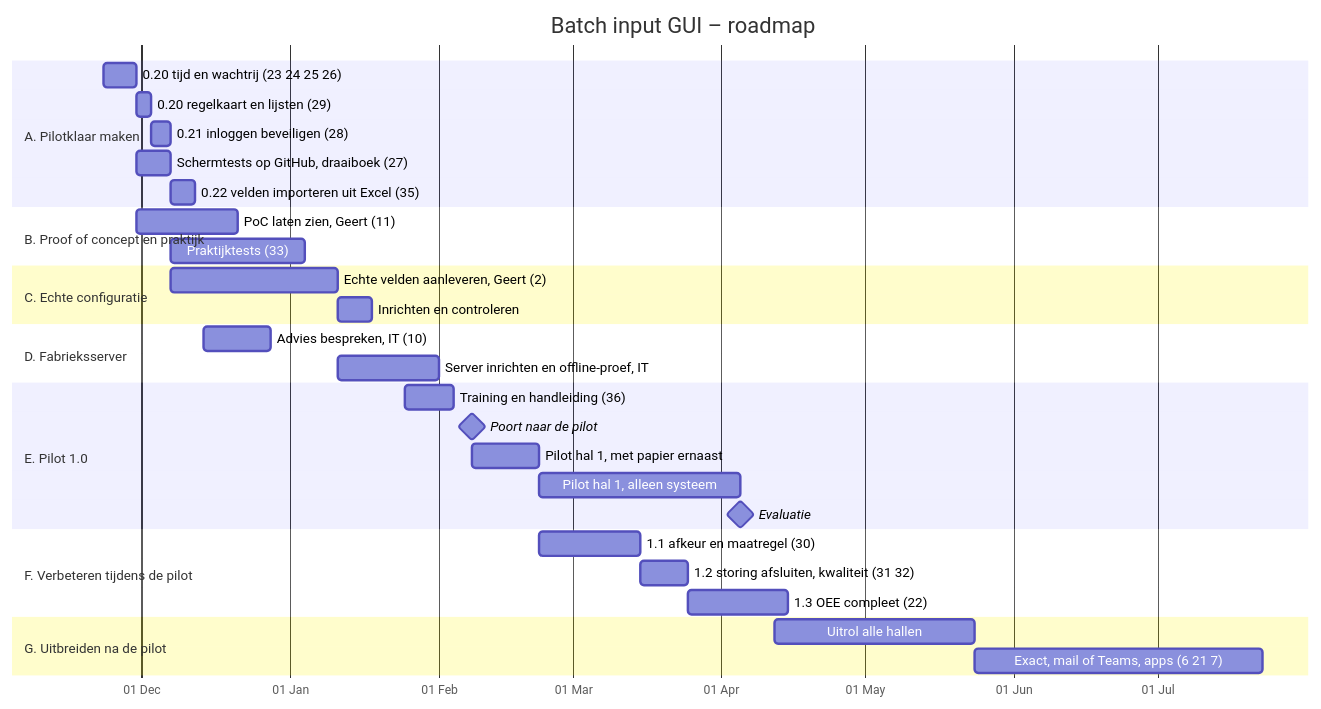
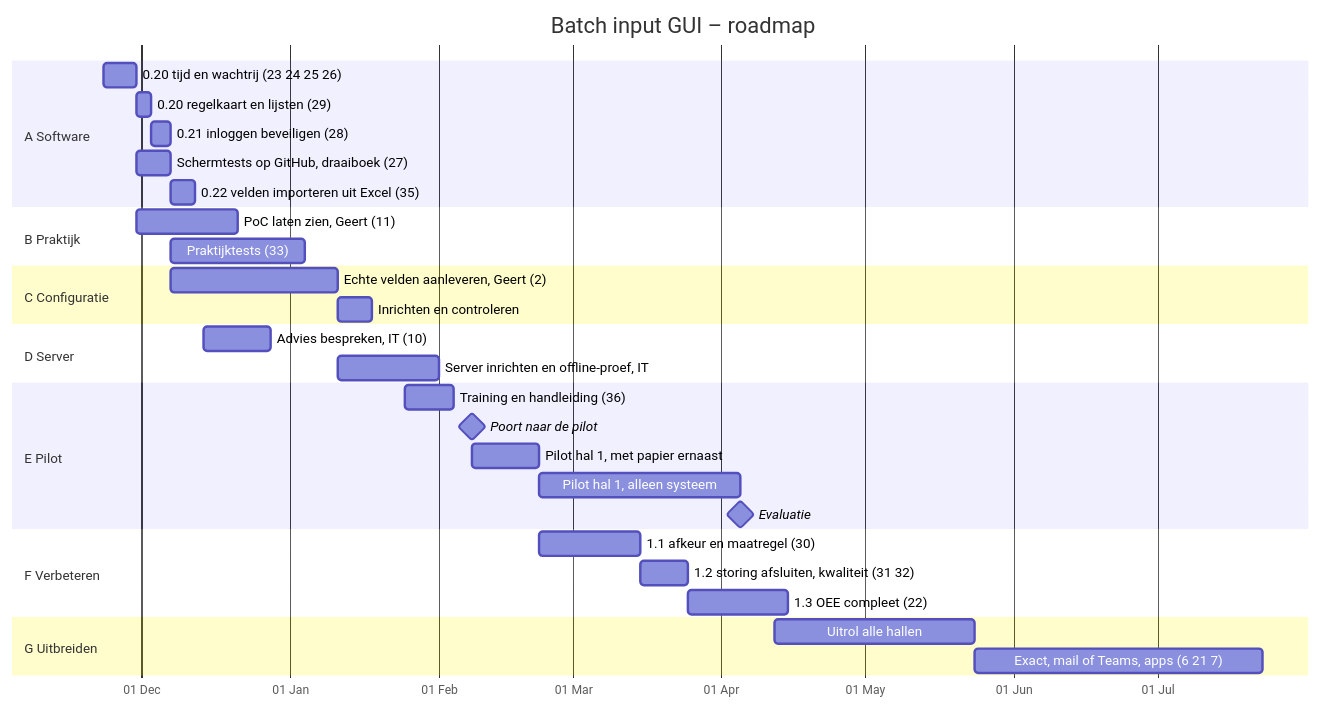
Before and after one commit to Gertjun/Manufacturing-Execution-System: the diagram in ROADMAP.md, drawn with Mermaid.

Commit message:
Roadmap: kortere namen in de tijdlijn
Claude-Session: https://claude.ai/code/session_015hpfmL2sQkdpUZQ3bXJ6JD

````diff
--- a/ROADMAP.md
+++ b/ROADMAP.md
@@ -12,42 +12,42 @@
 ```mermaid
 gantt
     title Batch input GUI – roadmap
     dateFormat YYYY-MM-DD
     axisFormat %d %b
     todayMarker on
 
-    section A. Pilotklaar maken
+    section A Software
     0.20 tijd en wachtrij (23 24 25 26)      :a1, 2026-11-23, 7d
     0.20 regelkaart en lijsten (29)          :a2, after a1, 3d
     0.21 inloggen beveiligen (28)            :a3, after a2, 4d
     Schermtests op GitHub, draaiboek (27)    :a4, after a1, 7d
     0.22 velden importeren uit Excel (35)    :a5, after a3, 5d
 
-    section B. Proof of concept en praktijk
+    section B Praktijk
     PoC laten zien, Geert (11)               :b1, 2026-11-30, 21d
     Praktijktests (33)                       :b2, 2026-12-07, 28d
 
-    section C. Echte configuratie
+    section C Configuratie
     Echte velden aanleveren, Geert (2)       :c1, 2026-12-07, 35d
     Inrichten en controleren                 :c2, after c1, 7d
 
-    section D. Fabrieksserver
+    section D Server
     Advies bespreken, IT (10)                :d1, 2026-12-14, 14d
     Server inrichten en offline-proef, IT    :d2, 2027-01-11, 21d
 
-    section E. Pilot 1.0
+    section E Pilot
     Training en handleiding (36)             :e0, 2027-01-25, 10d
     Poort naar de pilot                      :milestone, m1, 2027-02-08, 0d
     Pilot hal 1, met papier ernaast          :e1, 2027-02-08, 14d
     Pilot hal 1, alleen systeem              :e2, after e1, 42d
     Evaluatie                                :milestone, m2, 2027-04-05, 0d
 
-    section F. Verbeteren tijdens de pilot
+    section F Verbeteren
     1.1 afkeur en maatregel (30)             :f1, 2027-02-22, 21d
     1.2 storing afsluiten, kwaliteit (31 32) :f2, after f1, 10d
     1.3 OEE compleet (22)                    :f3, after f2, 21d
 
-    section G. Uitbreiden na de pilot
+    section G Uitbreiden
     Uitrol alle hallen                       :g1, 2027-04-12, 42d
     Exact, mail of Teams, apps (6 21 7)      :g2, 2027-05-24, 60d
 ```
````
